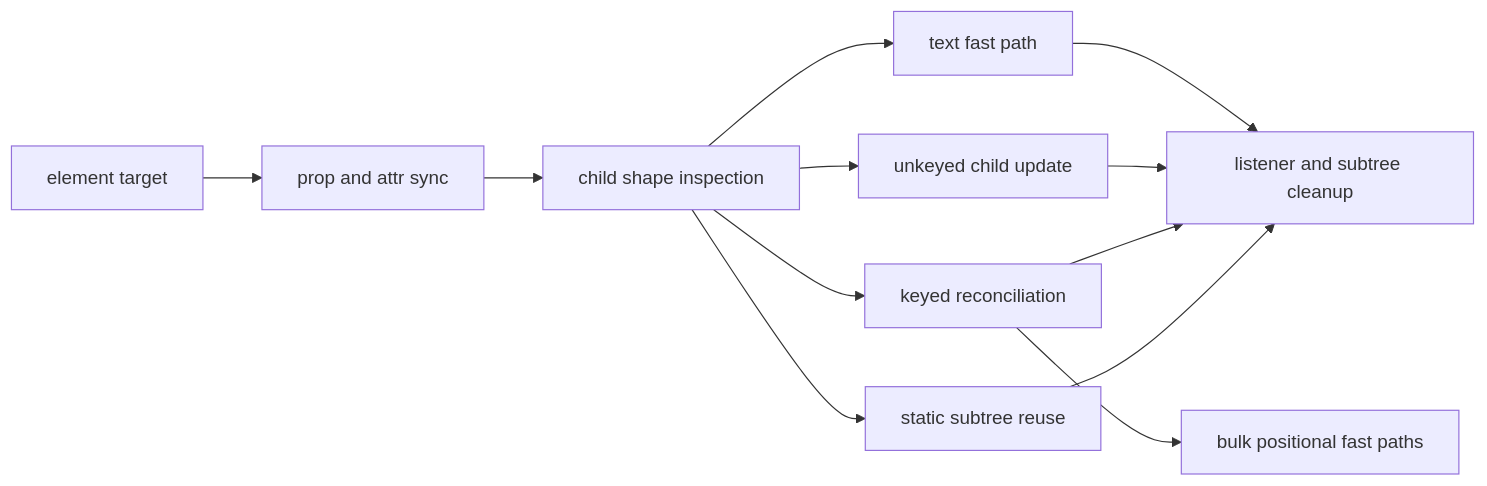
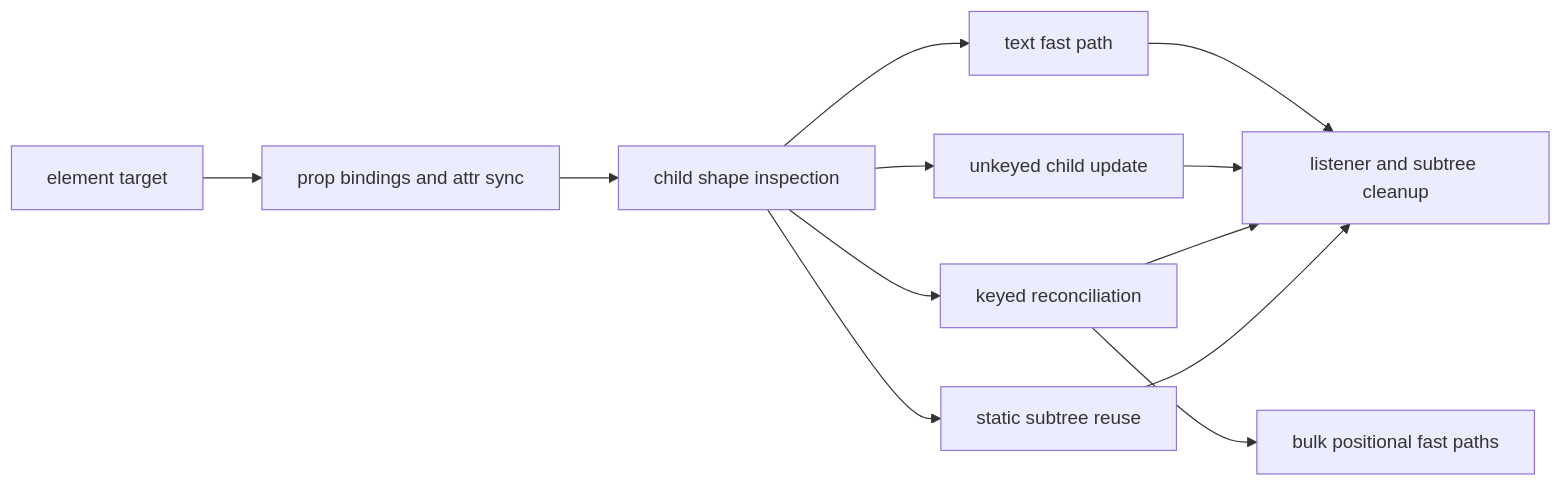
One commit to askrjs/askr changed the fifth of 7 diagrams in docs/internals/renderer-pipeline.md. Above: the diagram before and after it, drawn with Mermaid. The commit also changed other lines of this file and 7 other files, not shown here.

````diff
--- a/docs/internals/renderer-pipeline.md
+++ b/docs/internals/renderer-pipeline.md
@@ -107,24 +113,24 @@
 ```mermaid
 flowchart LR
   domNode[element target]
-  props[prop and attr sync]
+  props[prop bindings and attr sync]
   childShape[child shape inspection]
   text[text fast path]
   unkeyed[unkeyed child update]
   keyed[keyed reconciliation]
   staticReuse[static subtree reuse]
   bulk[bulk positional fast paths]
   cleanup[listener and subtree cleanup]
 
   domNode --> props
   props --> childShape
   childShape --> text
   childShape --> unkeyed
   childShape --> keyed
   childShape --> staticReuse
   keyed --> bulk
   text --> cleanup
   unkeyed --> cleanup
   keyed --> cleanup
   staticReuse --> cleanup
 ```
````
